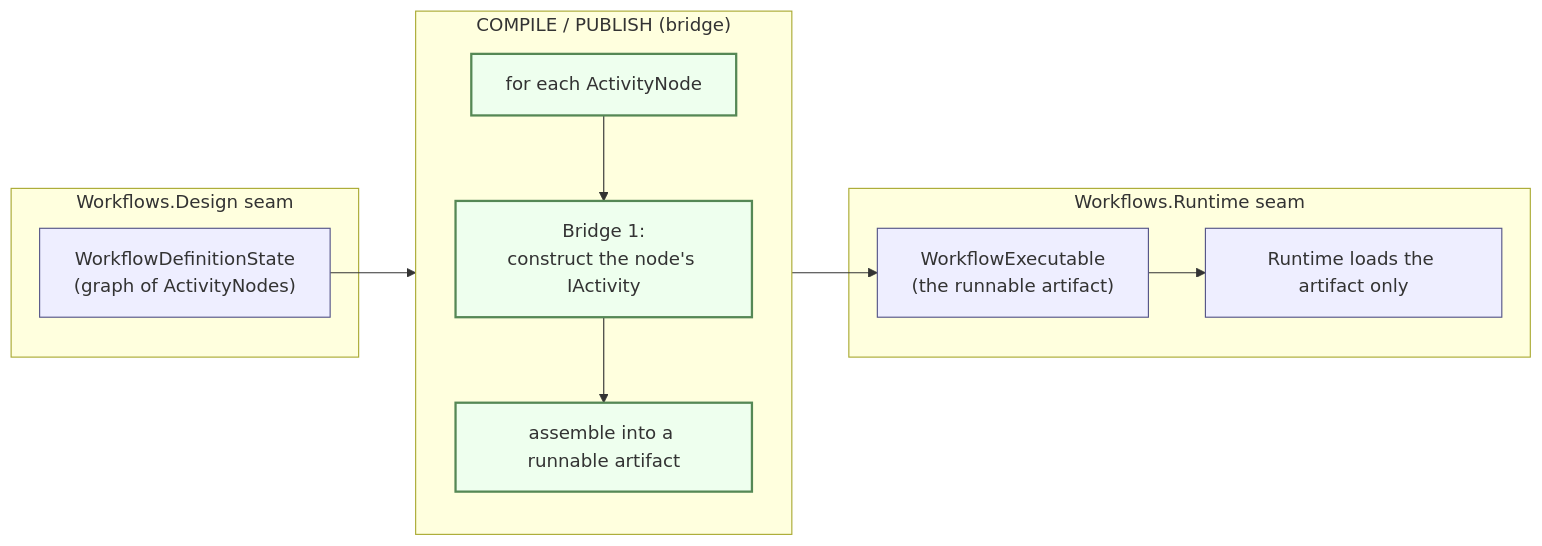
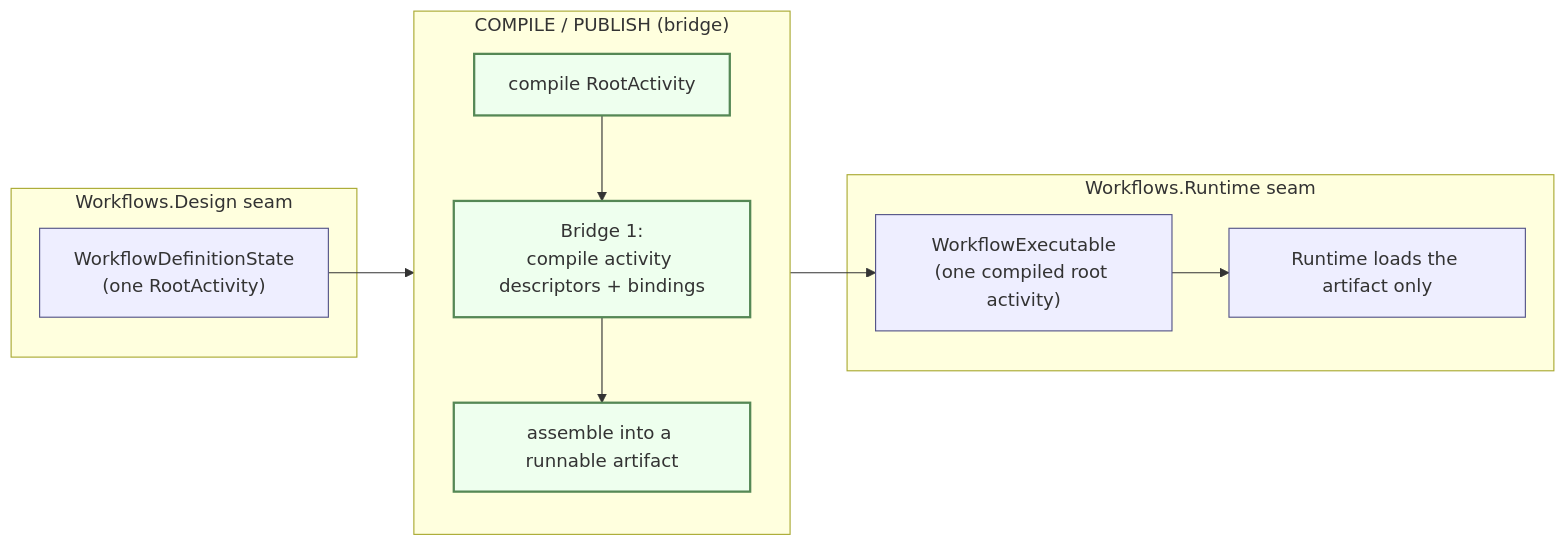
The fourth of 4 diagrams in docs/seams.md (elsa-workflows/elsa-foundation), drawn with Mermaid before and after one commit. The commit also changed other lines of this file and 73 other files, not shown here.

Commit message:
Align workflows around root activity contract

````diff
--- a/docs/seams.md
+++ b/docs/seams.md
@@ -134,25 +135,25 @@
 ```mermaid
 flowchart LR
     subgraph WDesign["Workflows.Design seam"]
-        WDS["WorkflowDefinitionState<br/>(graph of ActivityNodes)"]
+        WDS["WorkflowDefinitionState<br/>(one RootActivity)"]
     end
     subgraph Compile["COMPILE / PUBLISH (bridge)"]
         direction TB
-        LOOP["for each ActivityNode"]
-        B1["Bridge 1:<br/>construct the node's IActivity"]
+        ROOT["compile RootActivity"]
+        B1["Bridge 1:<br/>compile activity descriptors + bindings"]
         ASM["assemble into a runnable artifact"]
-        LOOP --> B1 --> ASM
+        ROOT --> B1 --> ASM
     end
     subgraph WRuntime["Workflows.Runtime seam"]
-        EXE["WorkflowExecutable<br/>(the runnable artifact)"]
+        EXE["WorkflowExecutable<br/>(one compiled root activity)"]
         RUN["Runtime loads the artifact only"]
         EXE --> RUN
     end
-    WDS --> LOOP
+    WDS --> ROOT
     ASM --> EXE
 
     classDef seam fill:#eef,stroke:#558;
     classDef bridge fill:#efe,stroke:#585,stroke-width:2px;
     class WDS,EXE,RUN seam;
-    class LOOP,B1,ASM bridge;
+    class ROOT,B1,ASM bridge;
 ```
````
